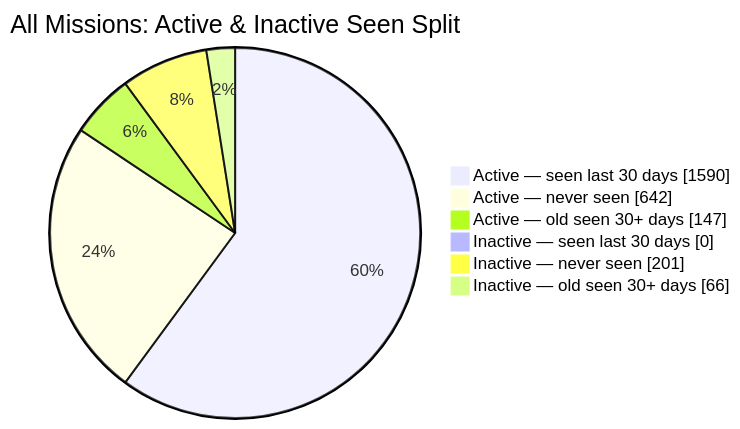
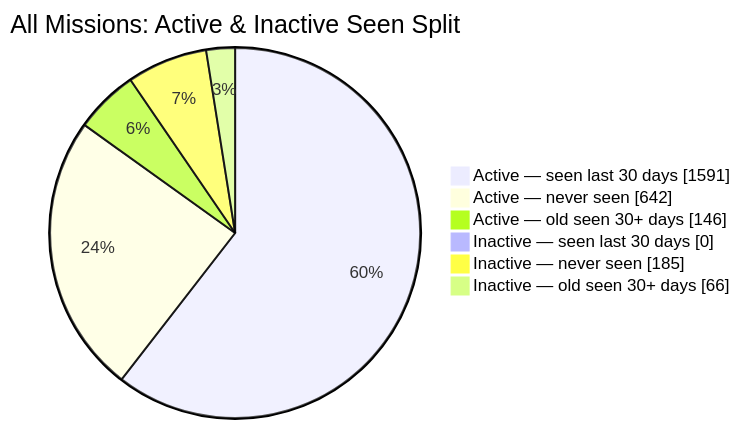
The second of 2 diagrams in README.md (MeldkamerspelGameTeam/active-missions), drawn with Mermaid before and after one commit. The commit also changed other lines of this file and 4 other files, not shown here.

````diff
--- a/README.md
+++ b/README.md
@@ -44,10 +44,10 @@
 ```mermaid
 pie showData
     title All Missions: Active & Inactive Seen Split
-    "Active — seen last 30 days" : 1590
+    "Active — seen last 30 days" : 1591
     "Active — never seen" : 642
-    "Active — old seen 30+ days" : 147
+    "Active — old seen 30+ days" : 146
     "Inactive — seen last 30 days" : 0
-    "Inactive — never seen" : 201
+    "Inactive — never seen" : 185
     "Inactive — old seen 30+ days" : 66
 ```
````
